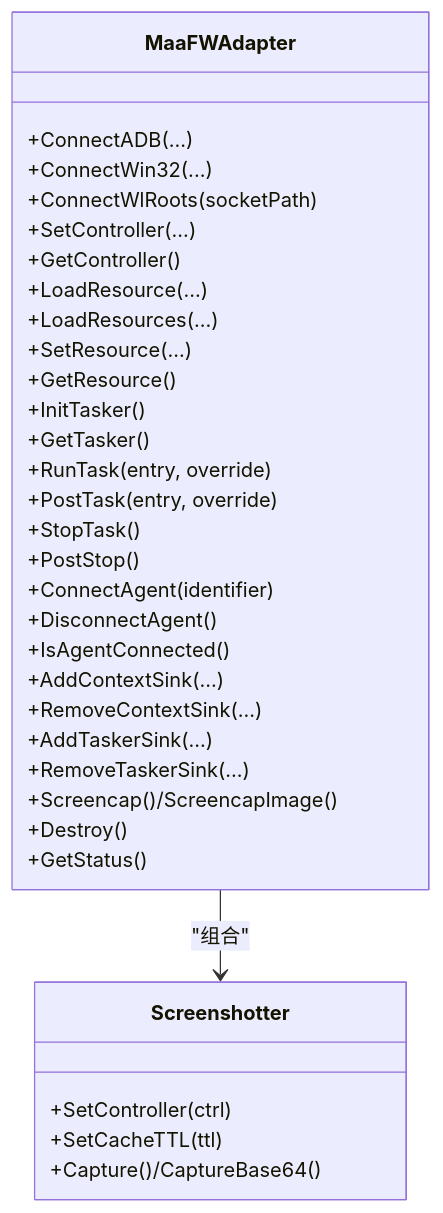
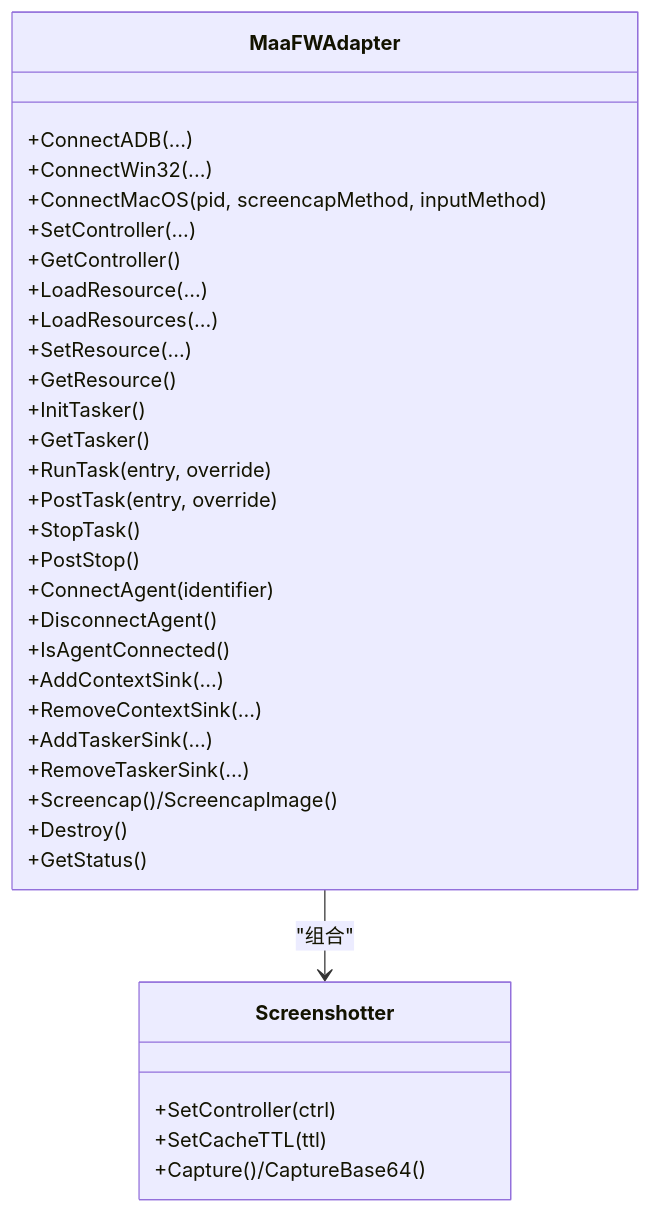
Before and after one commit to kqcoxn/MaaPipelineEditor: the ninth of 12 diagrams in .qoder/repowiki/zh/content/核心概念/通信协议/MFW协议.md, drawn with Mermaid. The commit also changed other lines of this file and 6 other files, not shown here.

````diff
--- a/.qoder/repowiki/zh/content/核心概念/通信协议/MFW协议.md
+++ b/.qoder/repowiki/zh/content/核心概念/通信协议/MFW协议.md
@@ -427,36 +434,36 @@
 ```mermaid
 classDiagram
 class MaaFWAdapter {
 +ConnectADB(...)
 +ConnectWin32(...)
-+ConnectWlRoots(socketPath)
++ConnectMacOS(pid, screencapMethod, inputMethod)
 +SetController(...)
 +GetController()
 +LoadResource(...)
 +LoadResources(...)
 +SetResource(...)
 +GetResource()
 +InitTasker()
 +GetTasker()
 +RunTask(entry, override)
 +PostTask(entry, override)
 +StopTask()
 +PostStop()
 +ConnectAgent(identifier)
 +DisconnectAgent()
 +IsAgentConnected()
 +AddContextSink(...)
 +RemoveContextSink(...)
 +AddTaskerSink(...)
 +RemoveTaskerSink(...)
 +Screencap()/ScreencapImage()
 +Destroy()
 +GetStatus()
 }
 class Screenshotter {
 +SetController(ctrl)
 +SetCacheTTL(ttl)
 +Capture()/CaptureBase64()
 }
 MaaFWAdapter --> Screenshotter : "组合"
 ```
````
